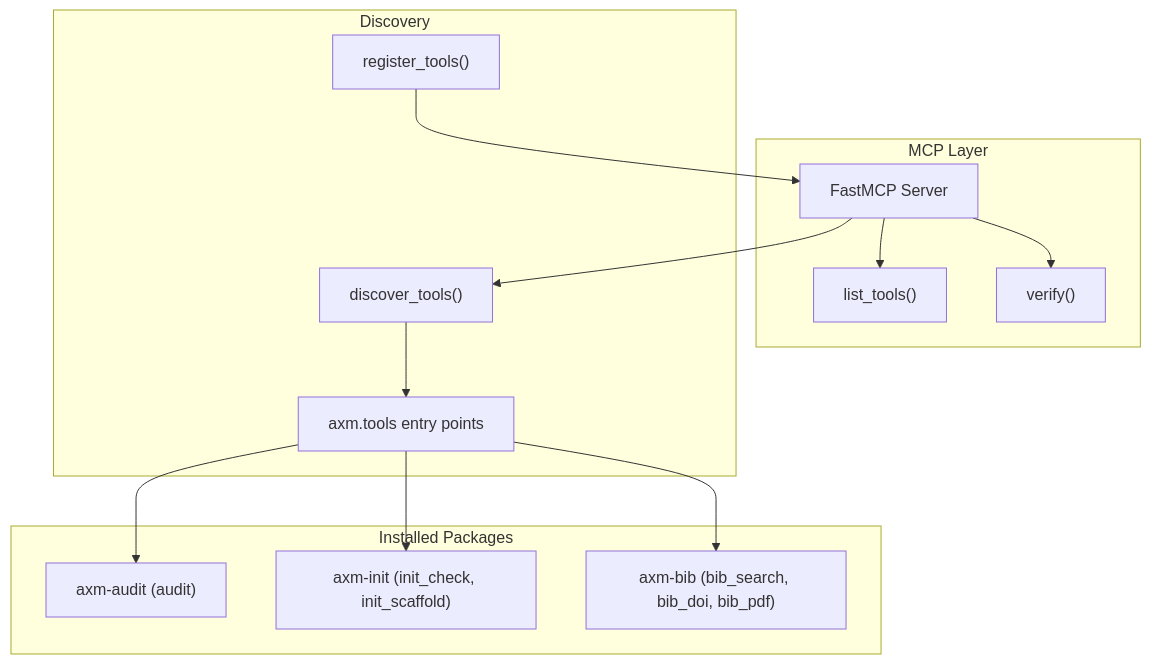
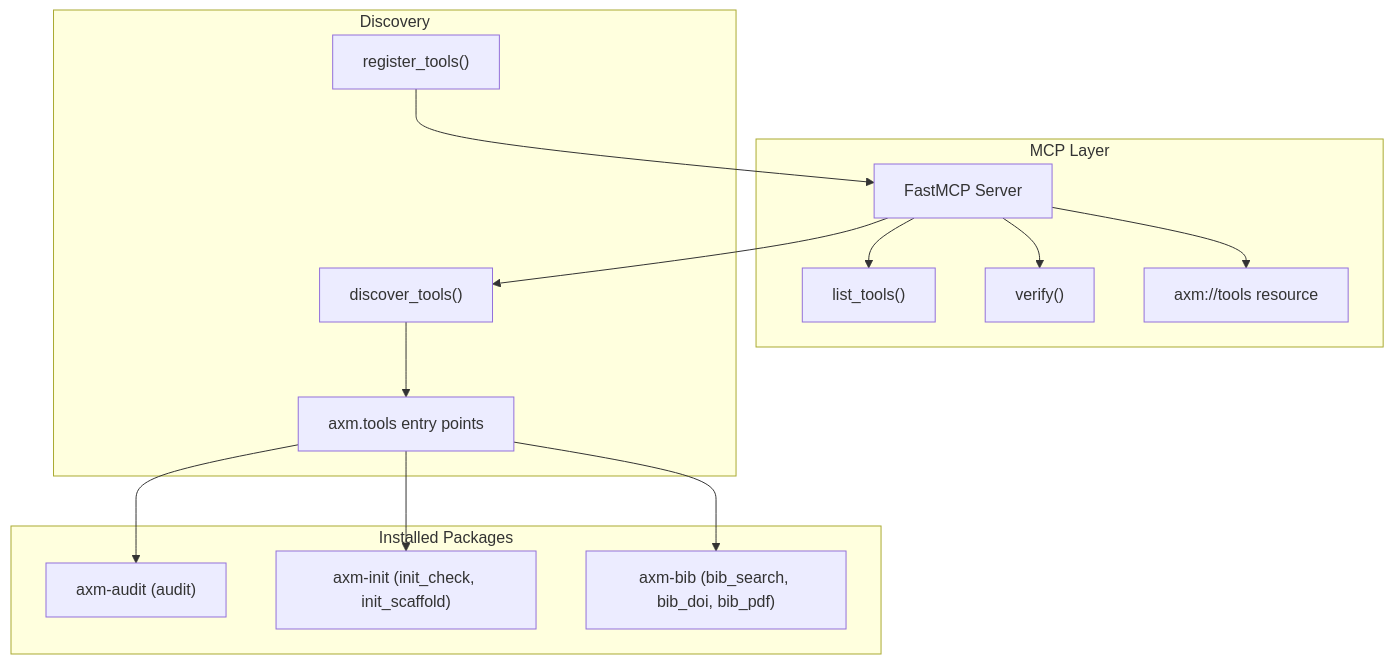
The diagram in docs/explanation/architecture.md (axm-protocols/axm-forge), drawn with Mermaid before and after one commit. The commit also changed other lines of this file and 2 other files, not shown here.

First line of the commit message:
docs: update docs for tool catalog resource and test count

````diff
--- a/docs/explanation/architecture.md
+++ b/docs/explanation/architecture.md
@@ -7,29 +7,31 @@
 ```mermaid
 graph TD
     subgraph "MCP Layer"
         Server["FastMCP Server"]
         ListTools["list_tools()"]
         Verify["verify()"]
+        Catalog["axm://tools resource"]
     end
 
     subgraph "Discovery"
         Discover["discover_tools()"]
         Register["register_tools()"]
         EP["axm.tools entry points"]
     end
 
     subgraph "Installed Packages"
         Audit["axm-audit (audit)"]
         Init["axm-init (init_check, init_scaffold)"]
         Bib["axm-bib (bib_search, bib_doi, bib_pdf)"]
     end
 
     Server --> ListTools
     Server --> Verify
+    Server --> Catalog
     Server --> Discover
     Discover --> EP
     EP --> Audit
     EP --> Init
     EP --> Bib
     Register --> Server
 ```
````
